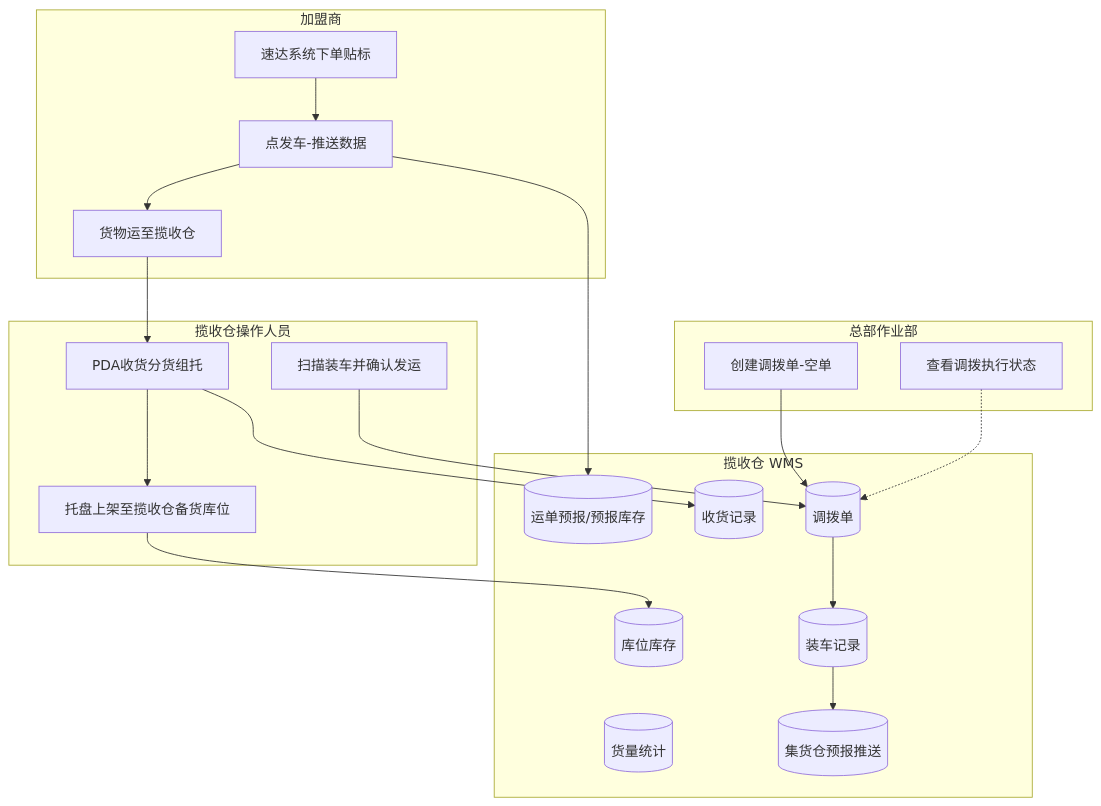
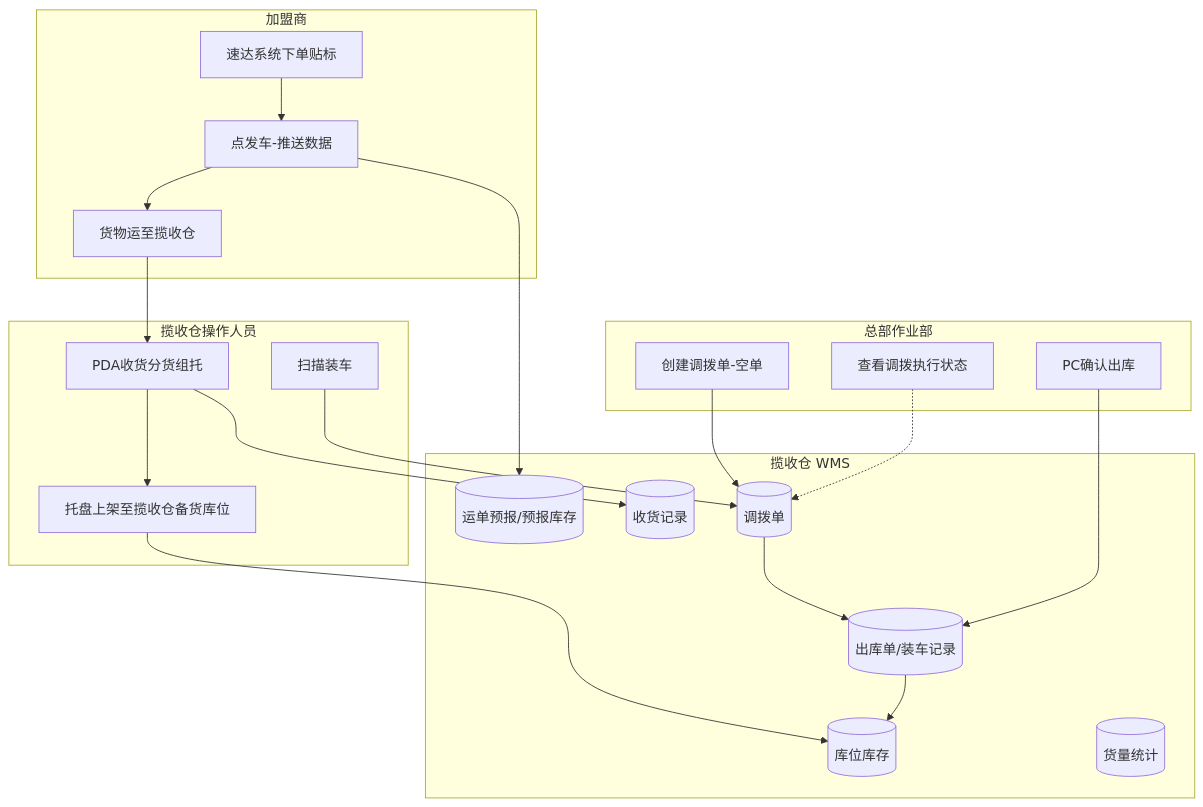
The diagram in context/01-业务背景与介绍.md (Tiana-1720/wms-inbound-demo), drawn with Mermaid before and after one commit. The commit also changed other lines of this file and 48 other files, not shown here.

First line of the commit message:
Align franchise WMS PRDs with load-and-outbound flow and OMS口径.

````diff
--- a/context/01-业务背景与介绍.md
+++ b/context/01-业务背景与介绍.md
@@ -121,36 +120,37 @@
 ```mermaid
 flowchart TD
     subgraph 加盟商["加盟商"]
         A1[速达系统下单贴标]
         A2[点发车-推送数据]
         A3[货物运至揽收仓]
     end
 
     subgraph 揽收仓["揽收仓操作人员"]
         B1[PDA收货分货组托]
         B2[托盘上架至揽收仓备货库位]
-        B3[扫描装车并确认发运]
+        B3[扫描装车]
     end
 
     subgraph 总部["总部作业部"]
         C1[创建调拨单-空单]
-        C2[查看调拨执行状态]
+        C2[PC确认出库]
+        C3[查看调拨执行状态]
     end
 
     subgraph WMS["揽收仓 WMS"]
         S1[(运单预报/预报库存)]
         S2[(收货记录)]
         S3[(库位库存)]
         S4[(调拨单)]
-        S5[(装车记录)]
+        S5[(出库单/装车记录)]
         S6[(货量统计)]
-        S7[(集货仓预报推送)]
     end
 
     A1 --> A2 --> S1
     A2 --> A3 --> B1 --> S2
     B1 --> B2 --> S3
     C1 --> S4
-    B3 --> S4 --> S5 --> S7
-    C2 -.-> S4
+    B3 --> S4 --> S5
+    C2 --> S5 --> S3
+    C3 -.-> S4
 ```
````
